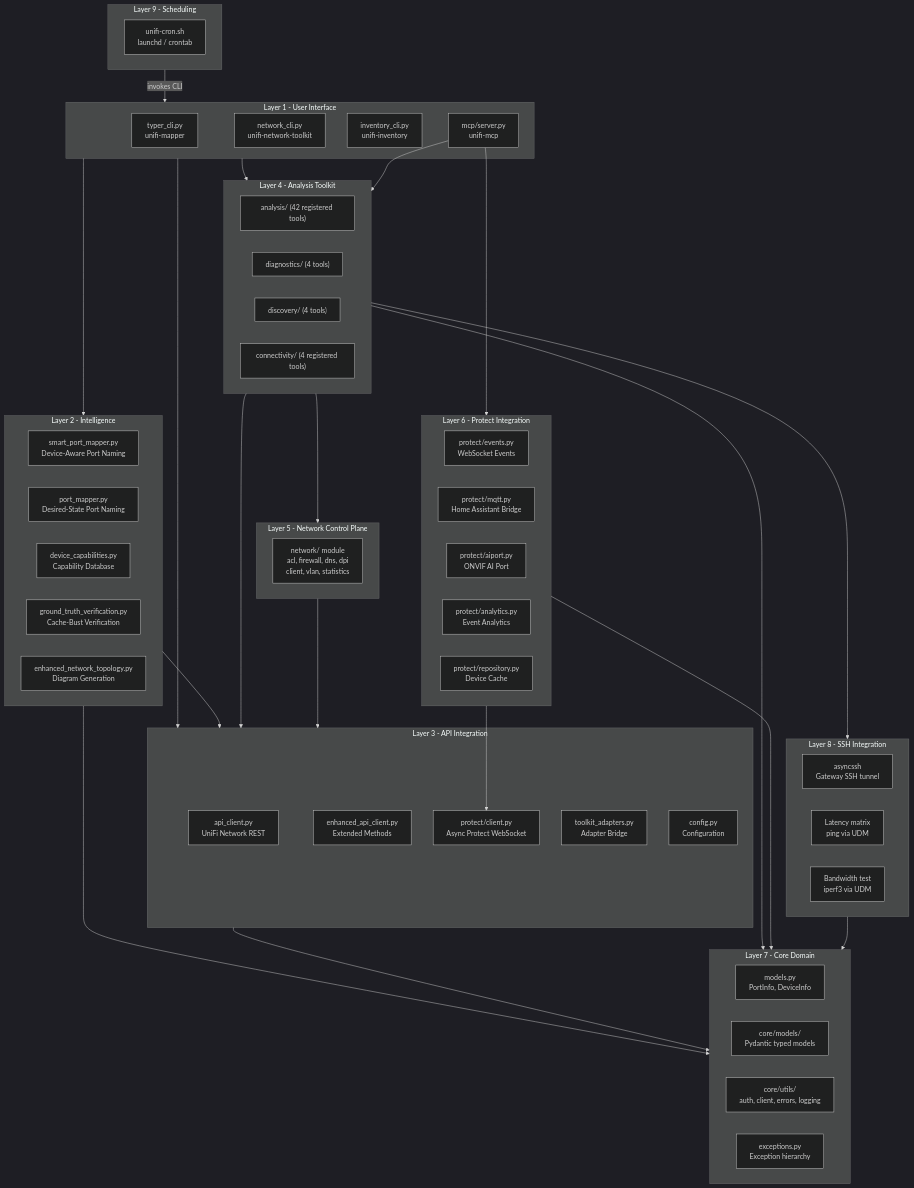
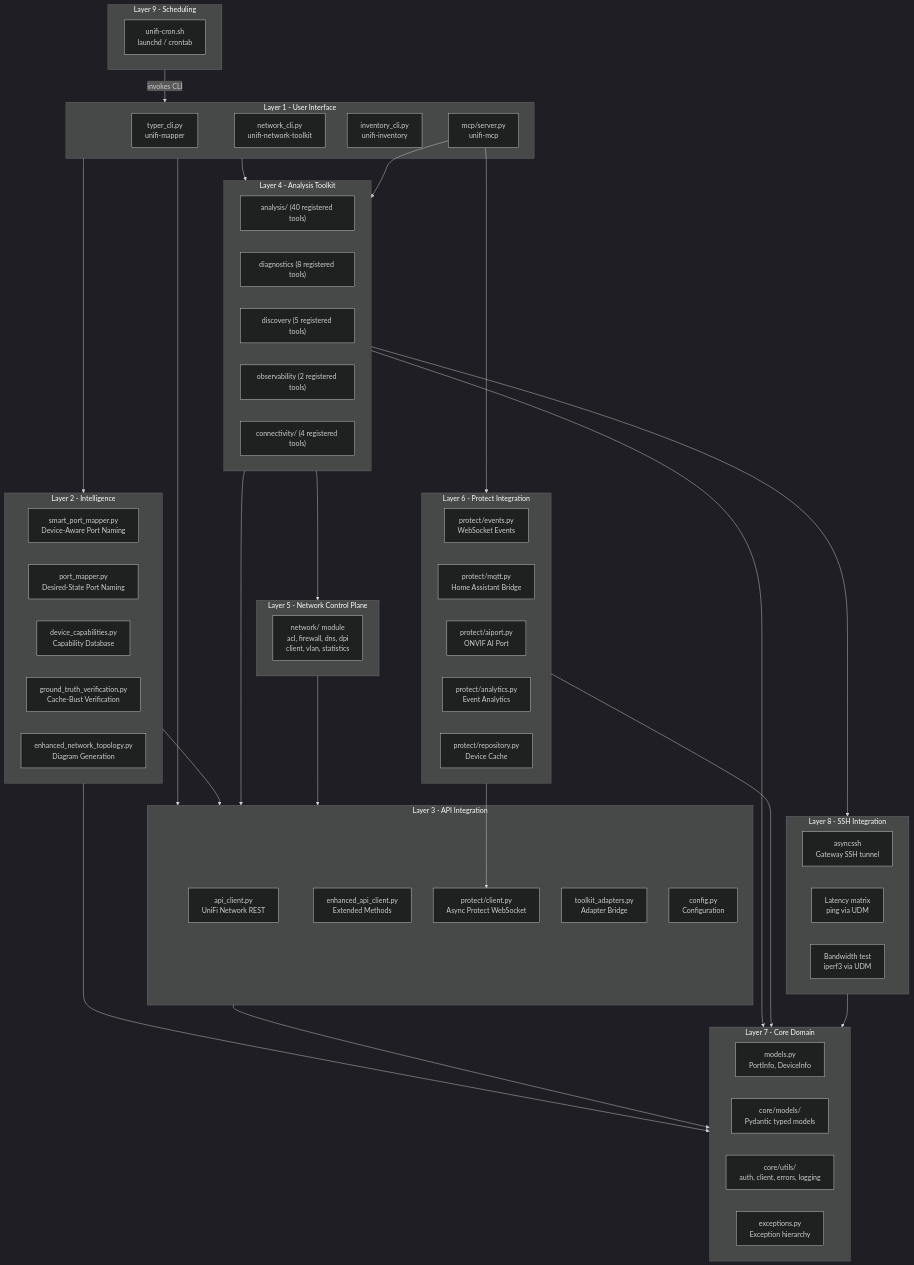
One commit to NetDevAutomate/unifi_management_cli changed the first of 21 diagrams in docs/architecture/architecture-overview.md. Above: the diagram before and after it, drawn with Mermaid (dark theme). The commit also changed other lines of this file and 4 other files, not shown here.

````diff
--- a/docs/architecture/architecture-overview.md
+++ b/docs/architecture/architecture-overview.md
@@ -55,79 +55,80 @@
 ```mermaid
 graph TB
     subgraph UI["Layer 1 - User Interface"]
         TC["typer_cli.py\nunifi-mapper"]
         NC["network_cli.py\nunifi-network-toolkit"]
         IC["inventory_cli.py\nunifi-inventory"]
         MCP["mcp/server.py\nunifi-mcp"]
     end
 
     subgraph SCHED["Layer 9 - Scheduling"]
         CRON["unifi-cron.sh\nlaunchd / crontab"]
     end
 
     subgraph INT["Layer 2 - Intelligence"]
         SPM["smart_port_mapper.py\nDevice-Aware Port Naming"]
         PM["port_mapper.py\nDesired-State Port Naming"]
         DC["device_capabilities.py\nCapability Database"]
         GTV["ground_truth_verification.py\nCache-Bust Verification"]
         NT["enhanced_network_topology.py\nDiagram Generation"]
     end
 
     subgraph API["Layer 3 - API Integration"]
         AC["api_client.py\nUniFi Network REST"]
         EAC["enhanced_api_client.py\nExtended Methods"]
         PC["protect/client.py\nAsync Protect WebSocket"]
         TA["toolkit_adapters.py\nAdapter Bridge"]
         CFG["config.py\nConfiguration"]
     end
 
     subgraph AT["Layer 4 - Analysis Toolkit"]
-        AN["analysis/ (42 registered tools)"]
-        DG["diagnostics/ (4 tools)"]
-        DS["discovery/ (4 tools)"]
+        AN["analysis/ (40 registered tools)"]
+        DG["diagnostics (8 registered tools)"]
+        DS["discovery (5 registered tools)"]
+        OB["observability (2 registered tools)"]
         CN["connectivity/ (4 registered tools)"]
     end
 
     subgraph SSH["Layer 8 - SSH Integration"]
         SSHL["asyncssh\nGateway SSH tunnel"]
         PING["Latency matrix\nping via UDM"]
         IPERF["Bandwidth test\niperf3 via UDM"]
     end
 
     subgraph NCP["Layer 5 - Network Control Plane"]
         NW["network/ module\nacl, firewall, dns, dpi\nclient, vlan, statistics"]
     end
 
     subgraph PR["Layer 6 - Protect Integration"]
         PE["protect/events.py\nWebSocket Events"]
         PQ["protect/mqtt.py\nHome Assistant Bridge"]
         PAI["protect/aiport.py\nONVIF AI Port"]
         PAN["protect/analytics.py\nEvent Analytics"]
         PRE["protect/repository.py\nDevice Cache"]
     end
 
     subgraph CD["Layer 7 - Core Domain"]
         MD["models.py\nPortInfo, DeviceInfo"]
         CM["core/models/\nPydantic typed models"]
         CU["core/utils/\nauth, client, errors, logging"]
         EX["exceptions.py\nException hierarchy"]
     end
 
     SCHED -->|"invokes CLI"| UI
     UI --> INT
     UI --> API
     UI --> AT
     INT --> API
     INT --> CD
     API --> CD
     AT --> API
     AT --> SSH
     AT --> NCP
     AT --> CD
     NCP --> API
     PR --> PC
     PR --> CD
     MCP --> AT
     MCP --> PR
     SSH --> CD
 ```
````
